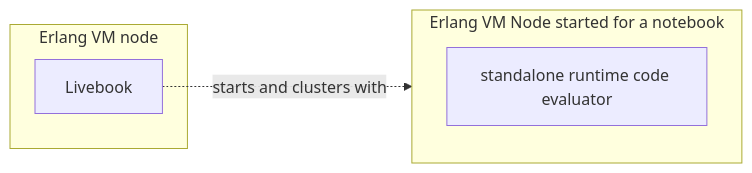
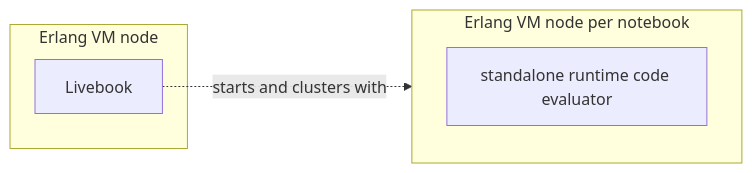
One commit to livebook-dev/livebook changed the first of 3 diagrams in docs/runtime.md. Above: the diagram before and after it, drawn with Mermaid.

````diff
--- a/docs/runtime.md
+++ b/docs/runtime.md
@@ -16,12 +16,12 @@
 ```mermaid
 graph LR
     subgraph livebook_node["Erlang VM node"]
         A[Livebook]
     end
 
-    subgraph standalone_node["Erlang VM Node started for a notebook"]
+    subgraph standalone_node["Erlang VM node per notebook"]
         B[standalone runtime code evaluator]
     end
 
     A -.->|starts and clusters with| standalone_node
 ```
````
